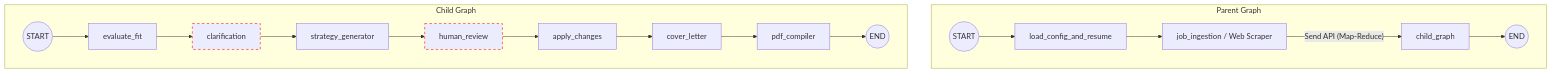
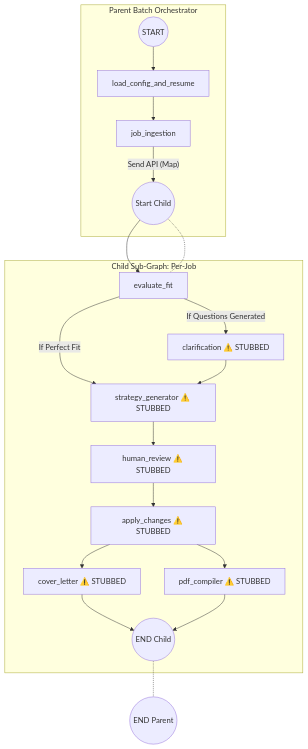
Before and after one commit to abletrace1-maker/jobstream-lg: the diagram in agent_review_notes.md, drawn with Mermaid. The commit also changed other lines of this file and 9 other files, not shown here.

````diff
--- a/agent_review_notes.md
+++ b/agent_review_notes.md
@@ -48,24 +28,32 @@
 ```mermaid
 graph TD
-    subgraph Parent Graph
-        START((START)) --> load_config[load_config_and_resume]
-        load_config --> ingest[job_ingestion / Web Scraper]
-        ingest -- Send API (Map-Reduce) --> child[child_graph]
-        child --> END_P((END))
+    %% Parent Graph
+    subgraph Parent Graph [Parent Batch Orchestrator]
+        START((START)) --> LCR[load_config_and_resume]
+        LCR --> JI[job_ingestion]
+        
+        %% Map operation
+        JI -- "Send API (Map)" --> CG_INVOKE
     end
     
-    subgraph Child Graph
-        START_C((START)) --> eval[evaluate_fit]
-        eval --> clarify[clarification]
-        clarify --> strat[strategy_generator]
-        strat --> review[human_review]
-        review --> apply[apply_changes]
-        apply --> cover[cover_letter]
-        cover --> pdf[pdf_compiler]
-        pdf --> END_C((END))
+    %% Child Sub-Graph
+    subgraph Child Graph [Child Sub-Graph: Per-Job]
+        CG_INVOKE((Start Child)) --> EF[evaluate_fit]
+        
+        EF -- "If Questions Generated" --> CLAR[clarification ⚠️ STUBBED]
+        EF -- "If Perfect Fit" --> SG[strategy_generator ⚠️ STUBBED]
+        CLAR --> SG
+        
+        SG --> HR[human_review ⚠️ STUBBED]
+        HR --> AC[apply_changes ⚠️ STUBBED]
+        
+        AC --> CVL[cover_letter ⚠️ STUBBED]
+        AC --> PDF[pdf_compiler ⚠️ STUBBED]
+        
+        CVL --> END_CHILD((END Child))
+        PDF --> END_CHILD
     end
 
-    %% Human in the loop interruption points configured in code
-    style clarify stroke:#f66,stroke-width:2px,stroke-dasharray: 5 5
-    style review stroke:#f66,stroke-width:2px,stroke-dasharray: 5 5
+    CG_INVOKE -.- EF
+    END_CHILD -.- END((END Parent))
 ```
````
